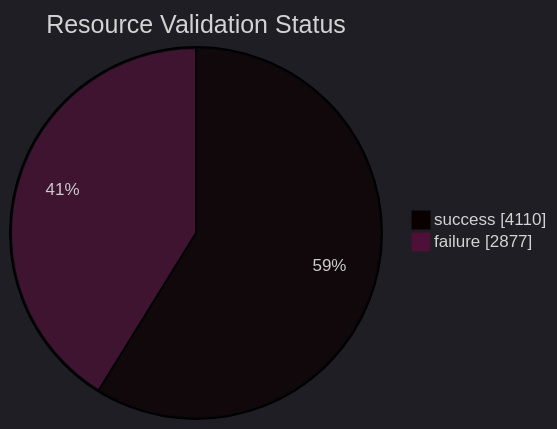
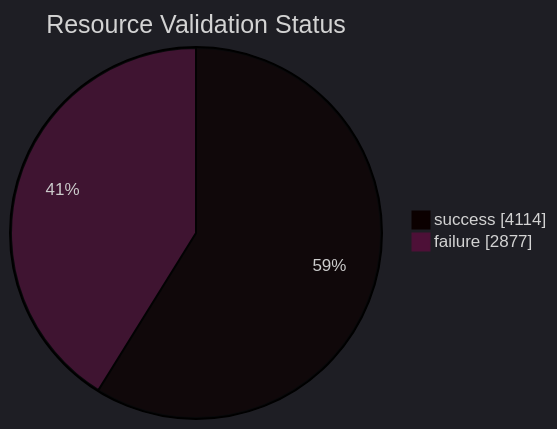
One commit to open-data/analytics-corporate-reporting changed the diagram in datastore_tracker/resource_validation_status_pie_chart.md. Above: the diagram before and after it, drawn with Mermaid. The commit also changed 11 other files, not shown here.

````diff
--- a/datastore_tracker/resource_validation_status_pie_chart.md
+++ b/datastore_tracker/resource_validation_status_pie_chart.md
@@ -2,9 +2,9 @@
 ```mermaid
 ---
 config:
   theme: dark
 ---
 pie showData title Resource Validation Status
-    "success": 4110
+    "success": 4114
     "failure": 2877
 ```
````
